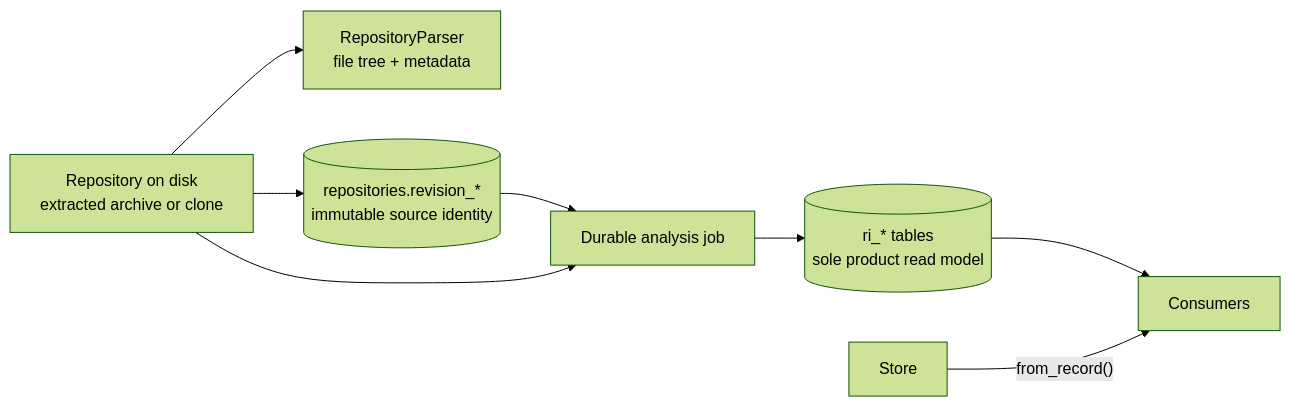
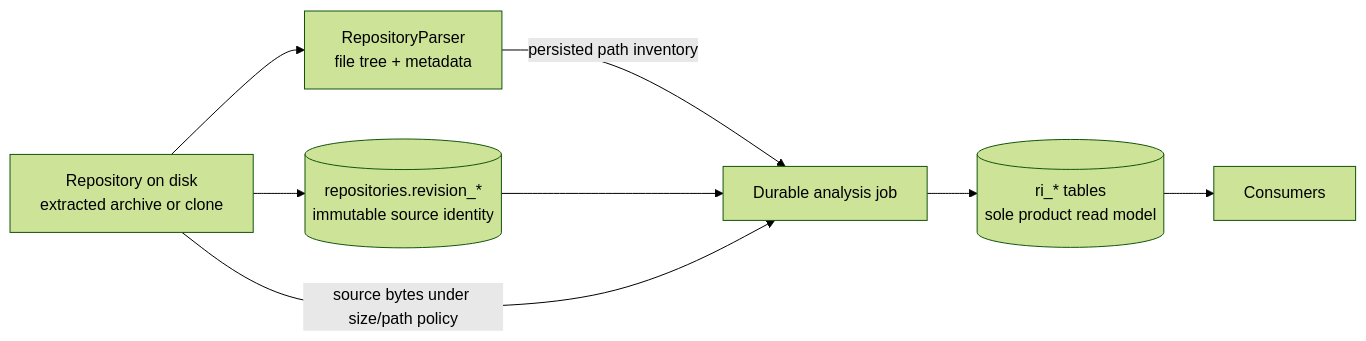
Before and after one commit to Second-Origin/PARTHA: the diagram in docs/architecture/REPOSITORY_INTELLIGENCE.md, drawn with Mermaid (forest theme). The commit also changed 11 other files, not shown here.

````diff
--- a/docs/architecture/REPOSITORY_INTELLIGENCE.md
+++ b/docs/architecture/REPOSITORY_INTELLIGENCE.md
@@ -47,15 +47,15 @@
 ```mermaid
 flowchart LR
     Root["Repository on disk<br/>extracted archive or clone"]
     Parser["RepositoryParser<br/>file tree + metadata"]
     Revision[("repositories.revision_*<br/>immutable source identity")]
     Snapshot[("ri_* tables<br/>sole product read model")]
     Consumers["Consumers"]
 
     Root --> Parser
     Root --> Revision
-    Revision --> Job["Durable analysis job"]
-    Root --> Job
+    Parser -->|"persisted path inventory"| Job["Durable analysis job"]
+    Revision --> Job
+    Root -->|"source bytes under size/path policy"| Job
     Job --> Snapshot --> Consumers
-    Store -->|"from_record()"| Consumers
 ```
````
